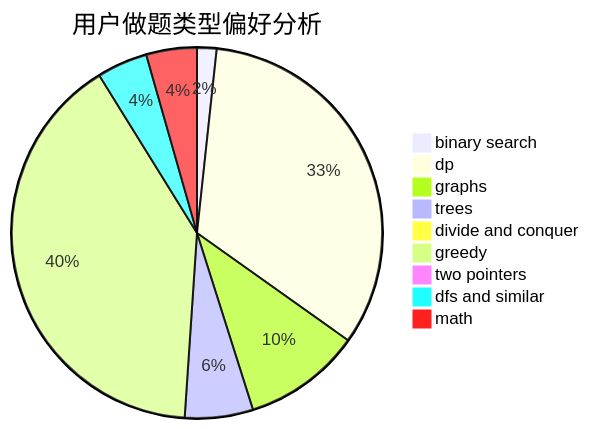
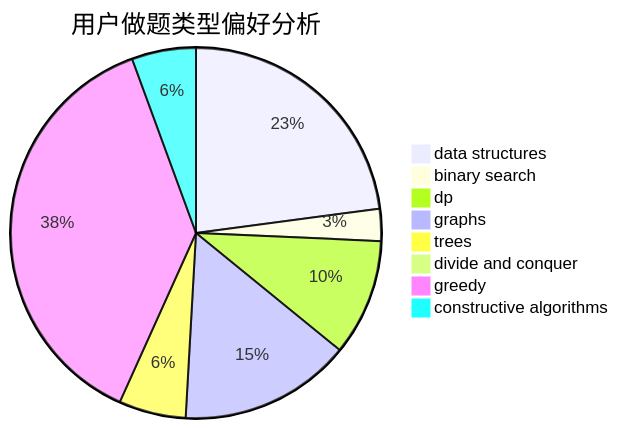
The second of 3 diagrams in docs/user/u1882.md (sherpahu/cfrs.github.io), drawn with Mermaid before and after one commit. The commit also changed other lines of this file and 2775 other files, not shown here.

````diff
--- a/docs/user/u1882.md
+++ b/docs/user/u1882.md
@@ -23,12 +23,11 @@
 ```mermaid
 pie title 用户做题类型偏好分析
-    "binary search" :  20
-    "dp" :  390
-    "graphs" :  121
-    "trees" :  70
+    "data structures" :  90
+    "binary search" :  11
+    "dp" :  40
+    "graphs" :  59
+    "trees" :  23
     "divide and conquer" :  0
-    "greedy" :  472
-    "two pointers" :  8
-    "dfs and similar" :  52
-    "math" :  52
+    "greedy" :  148
+    "constructive algorithms" :  22
 ```
````
